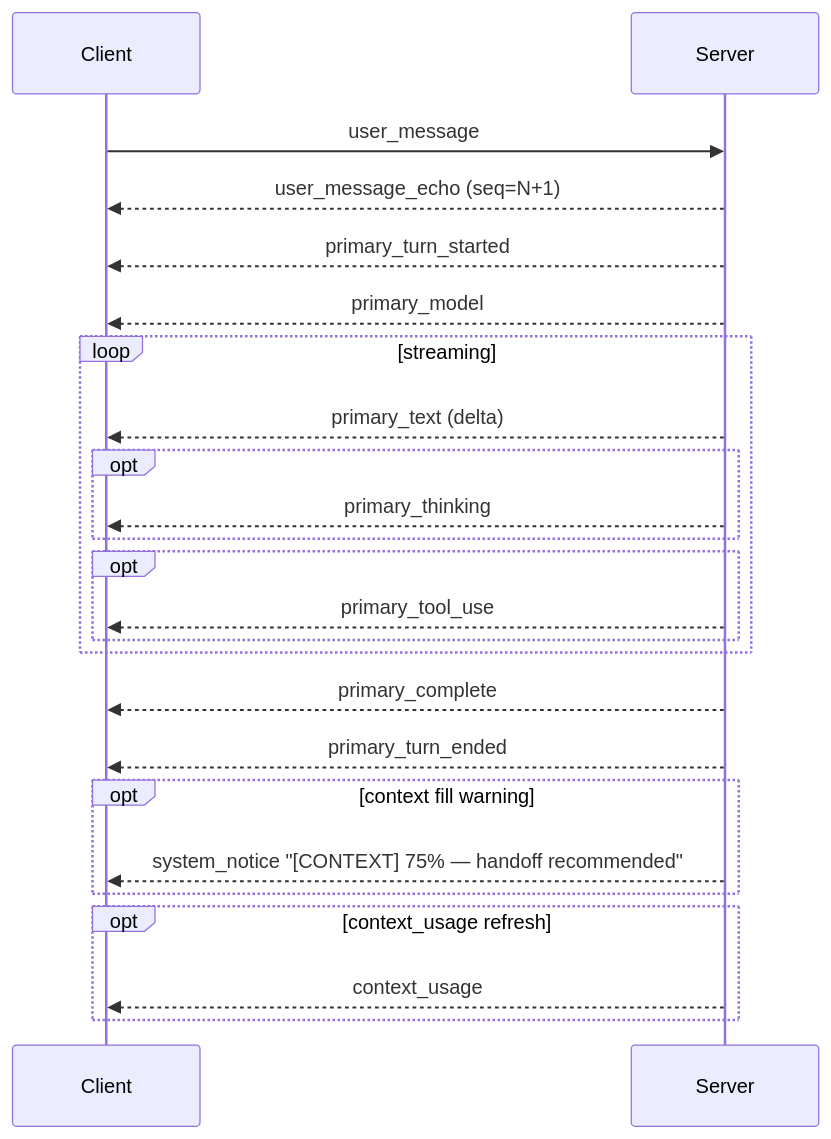
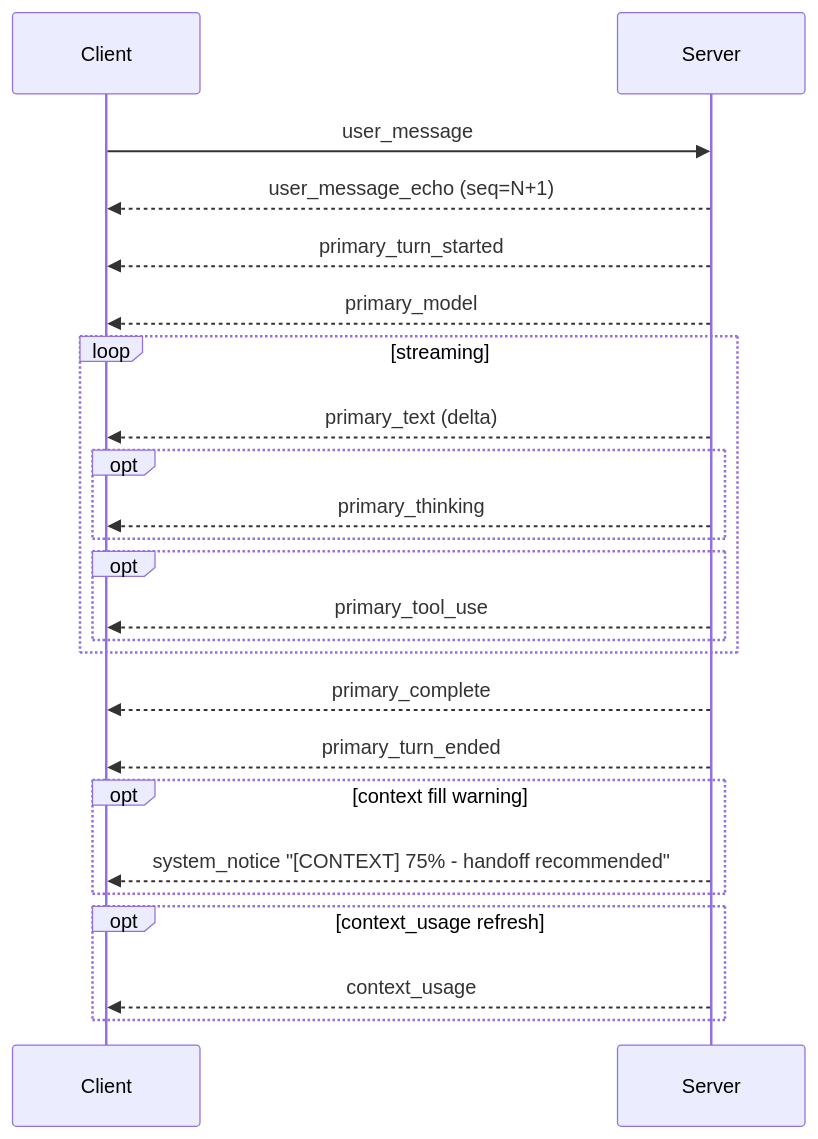
Before and after one commit to ghreprimand/arco: the diagram in docs/PROTOCOL.md, drawn with Mermaid. The commit also changed other lines of this file and 8 other files, not shown here.

Commit message:
Port architecture and protocol documentation

````diff
--- a/docs/PROTOCOL.md
+++ b/docs/PROTOCOL.md
@@ -878,26 +866,26 @@
 ```mermaid
 sequenceDiagram
     participant C as Client
     participant S as Server
     C->>S: user_message
     S-->>C: user_message_echo (seq=N+1)
     S-->>C: primary_turn_started
     S-->>C: primary_model
     loop streaming
       S-->>C: primary_text (delta)
       opt
         S-->>C: primary_thinking
       end
       opt
         S-->>C: primary_tool_use
       end
     end
     S-->>C: primary_complete
     S-->>C: primary_turn_ended
     opt context fill warning
-      S-->>C: system_notice "[CONTEXT] 75% — handoff recommended"
+      S-->>C: system_notice "[CONTEXT] 75% - handoff recommended"
     end
     opt context_usage refresh
       S-->>C: context_usage
     end
 ```
````
